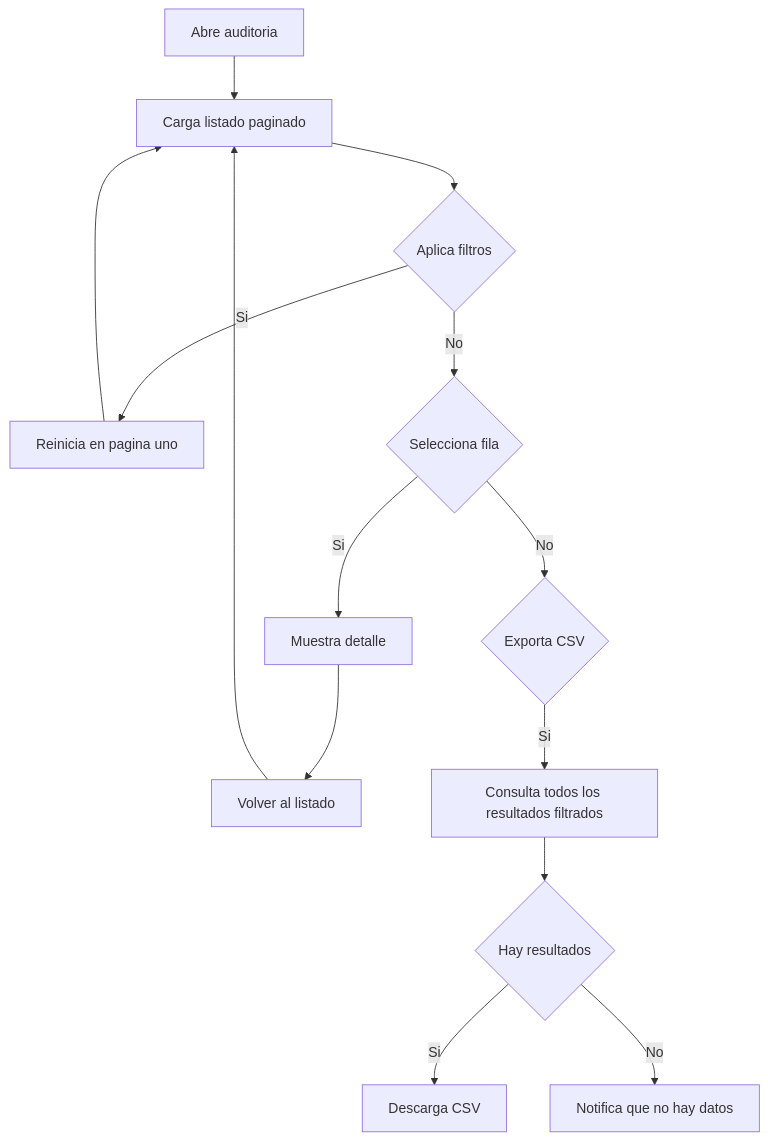
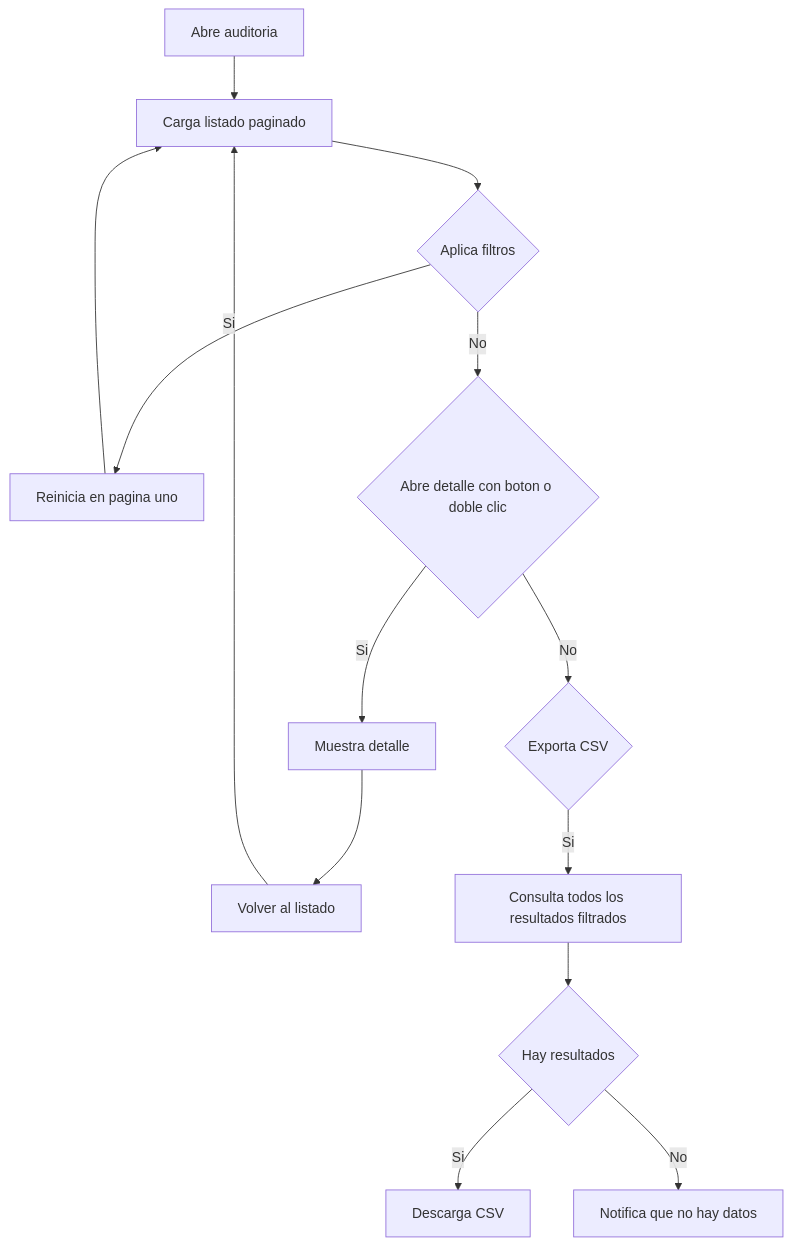
The diagram in template-docs/02-functional/administration/audit/audit.md (ijgomez/template), drawn with Mermaid before and after one commit. The commit also changed other lines of this file and 24 other files, not shown here.

First line of the commit message:
feat(dashboard): unificar boton Detalle en listados con tp-detail-button

````diff
--- a/template-docs/02-functional/administration/audit/audit.md
+++ b/template-docs/02-functional/administration/audit/audit.md
@@ -204,16 +207,16 @@
 ```mermaid
 flowchart TD
   A[Abre auditoria] --> B[Carga listado paginado]
   B --> C{Aplica filtros}
   C -->|Si| D[Reinicia en pagina uno]
   D --> B
-  C -->|No| E{Selecciona fila}
+  C -->|No| E{Abre detalle con boton o doble clic}
   E -->|Si| F[Muestra detalle]
   F --> G[Volver al listado]
   G --> B
   E -->|No| H{Exporta CSV}
   H -->|Si| I[Consulta todos los resultados filtrados]
   I --> J{Hay resultados}
   J -->|Si| K[Descarga CSV]
   J -->|No| L[Notifica que no hay datos]
 ```
````
